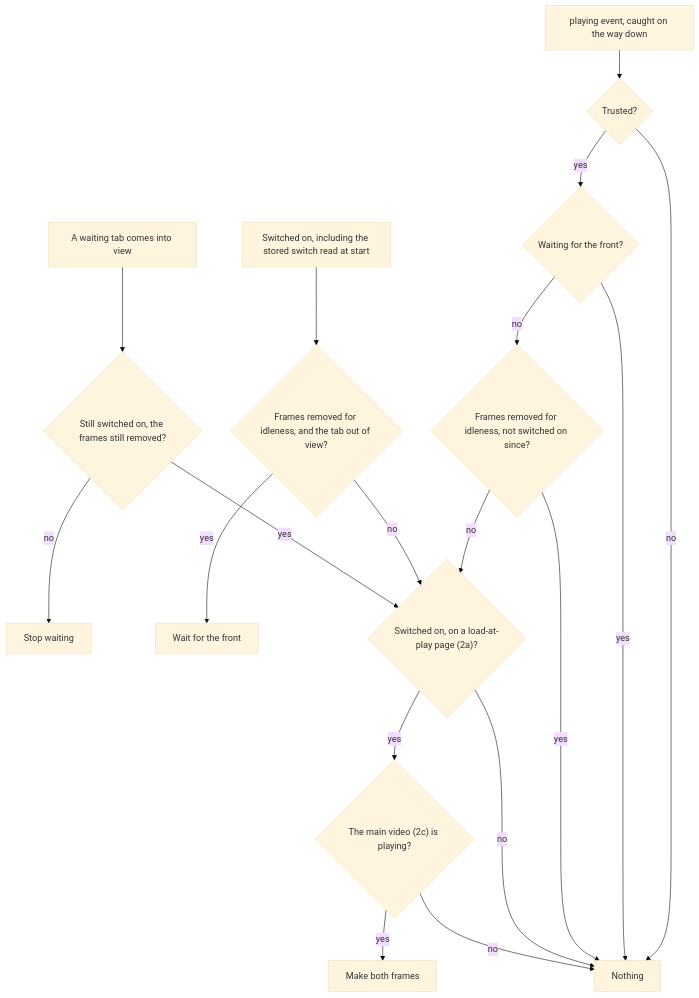
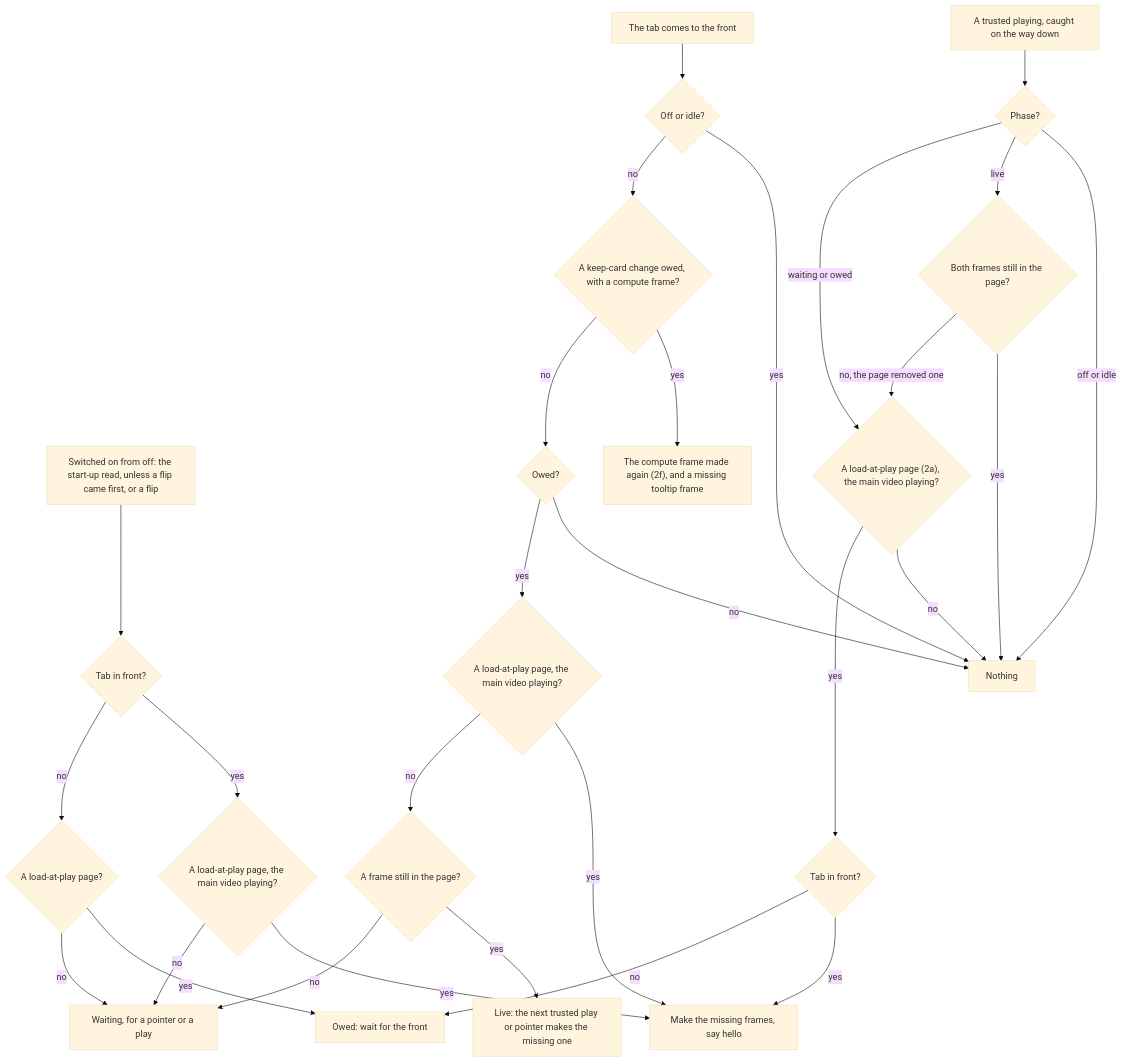
One commit to ryangswe/duelsight changed the fourth of 14 diagrams in docs/hover-map.md. Above: the diagram before and after it, drawn with Mermaid (base theme). The commit also changed other lines of this file and 82 other files, not shown here.

````diff
--- a/docs/hover-map.md
+++ b/docs/hover-map.md
@@ -235,35 +255,53 @@
 ```mermaid
 flowchart TD
-  PL["playing event, caught on the way down"]
-  ON["Switched on, including the stored switch read at start"]
-  VW["A waiting tab comes into view"]
-  STILL{"Still switched on, the frames still removed?"}
-  DROP["Stop waiting"]
-  TR{"Trusted?"}
-  WF{"Waiting for the front?"}
-  RM{"Frames removed for idleness, not switched on since?"}
-  OV{"Frames removed for idleness, and the tab out of view?"}
-  WAIT["Wait for the front"]
-  EN{"Switched on, on a load-at-play page (2a)?"}
-  MV{"The main video (2c) is playing?"}
-  MAKE["Make both frames"]
-  SKIP["Nothing"]
+  PL["A trusted playing, caught on the way down"]
+  ON["Switched on from off: the start-up read, unless a flip came first, or a flip"]
+  FR["The tab comes to the front"]
+  PH{"Phase?"}
+  BOTH{"Both frames still in the page?"}
+  PN{"A load-at-play page (2a), the main video playing?"}
+  VIS{"Tab in front?"}
+  MAKE["Make the missing frames, say hello"]
+  OWED["Owed: wait for the front"]
+  NOTHING["Nothing"]
+  SVIS{"Tab in front?"}
+  SPN{"A load-at-play page, the main video playing?"}
+  SPG{"A load-at-play page?"}
+  WAIT["Waiting, for a pointer or a play"]
+  FPH{"Off or idle?"}
+  RO{"A keep-card change owed, with a compute frame?"}
+  REMAKE["The compute frame made again (2f), and a missing tooltip frame"]
+  OW{"Owed?"}
+  FPN{"A load-at-play page, the main video playing?"}
+  ANY{"A frame still in the page?"}
+  LIVE["Live: the next trusted play or pointer makes the missing one"]
 
-  PL --> TR
-  TR -->|"no"| SKIP
-  TR -->|"yes"| WF
-  WF -->|"yes"| SKIP
-  WF -->|"no"| RM
-  RM -->|"yes"| SKIP
-  RM -->|"no"| EN
-  ON --> OV
-  OV -->|"yes"| WAIT
-  OV -->|"no"| EN
-  VW --> STILL
-  STILL -->|"yes"| EN
-  STILL -->|"no"| DROP
-  EN -->|"no"| SKIP
-  EN -->|"yes"| MV
-  MV -->|"yes"| MAKE
-  MV -->|"no"| SKIP
+  PL --> PH
+  PH -->|"off or idle"| NOTHING
+  PH -->|"live"| BOTH
+  PH -->|"waiting or owed"| PN
+  BOTH -->|"yes"| NOTHING
+  BOTH -->|"no, the page removed one"| PN
+  PN -->|"no"| NOTHING
+  PN -->|"yes"| VIS
+  VIS -->|"yes"| MAKE
+  VIS -->|"no"| OWED
+  ON --> SVIS
+  SVIS -->|"yes"| SPN
+  SVIS -->|"no"| SPG
+  SPN -->|"yes"| MAKE
+  SPN -->|"no"| WAIT
+  SPG -->|"yes"| OWED
+  SPG -->|"no"| WAIT
+  FR --> FPH
+  FPH -->|"yes"| NOTHING
+  FPH -->|"no"| RO
+  RO -->|"yes"| REMAKE
+  RO -->|"no"| OW
+  OW -->|"no"| NOTHING
+  OW -->|"yes"| FPN
+  FPN -->|"yes"| MAKE
+  FPN -->|"no"| ANY
+  ANY -->|"yes"| LIVE
+  ANY -->|"no"| WAIT
 ```
````
